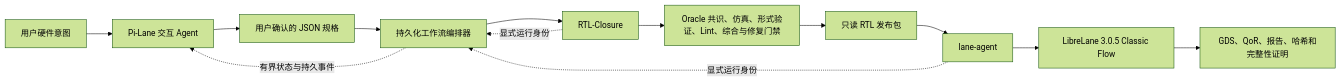
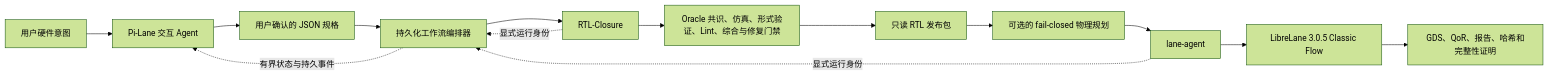
The diagram in README.zh-CN.md (vpromise/SiliconWeaver), drawn with Mermaid (forest theme) before and after one commit. The commit also changed other lines of this file and 55 other files, not shown here.

````diff
--- a/README.zh-CN.md
+++ b/README.zh-CN.md
@@ -48,15 +51,16 @@
 ```mermaid
 flowchart LR
     U["用户硬件意图"] --> P["Pi-Lane 交互 Agent"]
     P --> S["用户确认的 JSON 规格"]
     S --> O["持久化工作流编排器"]
     O --> R["RTL-Closure"]
     R --> V["Oracle 共识、仿真、形式验证、Lint、综合与修复门禁"]
     V --> B["只读 RTL 发布包"]
-    B --> L["lane-agent"]
+    B --> F["可选的 fail-closed 物理规划"]
+    F --> L["lane-agent"]
     L --> C["LibreLane 3.0.5 Classic Flow"]
     C --> E["GDS、QoR、报告、哈希和完整性证明"]
     O -. "有界状态与持久事件" .-> P
     R -. "显式运行身份" .-> O
     L -. "显式运行身份" .-> O
 ```
````
